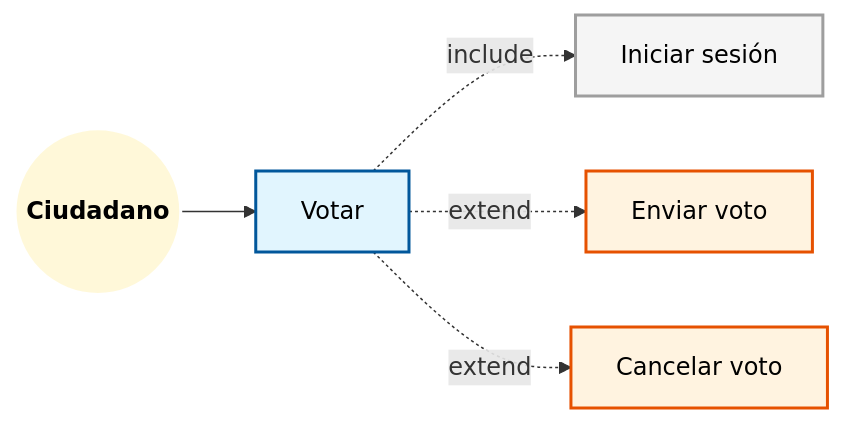
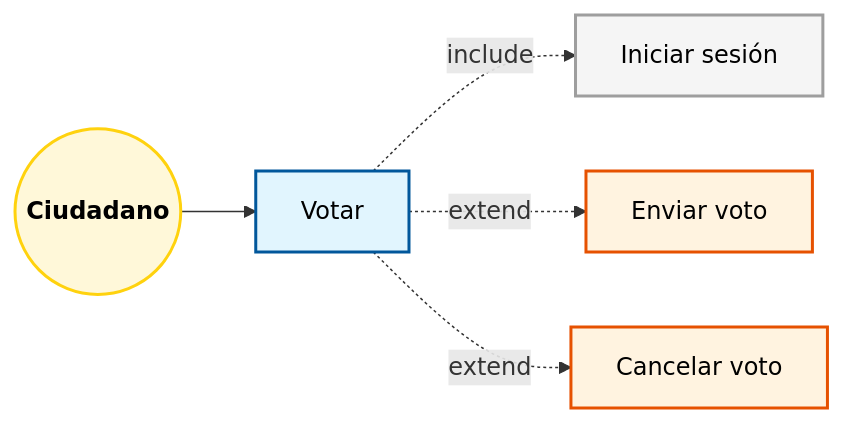
The fourth of 13 diagrams in docs/casosUso.md (OnyxVariables/AGORA), drawn with Mermaid before and after one commit. The commit also changed other lines of this file, not shown here.

````diff
--- a/docs/casosUso.md
+++ b/docs/casosUso.md
@@ -124,18 +129,18 @@
 ```mermaid
 flowchart LR
     classDef primario fill:#e1f5fe,stroke:#01579b,stroke-width:2px,color:#000
     classDef soporte fill:#f5f5f5,stroke:#9e9e9e,stroke-width:2px,color:#000
     classDef extendido fill:#fff3e0, stroke:#e65100, stroke-width:2px, color:#000
-    classDef actor fill:#fff8d9, stroke:#fff, stroke-width:2px, color:#000
+    classDef actor fill:#fff8d9, stroke:#ffd20e, stroke-width:2px, color:#000
 
     Ciudadano(("<b>Ciudadano</b>")) --> UC_Votar["Votar"]
     UC_Votar -. include .-> UC_Login["Iniciar sesión"]
     UC_Votar -. extend .-> UC_Enviar["Enviar voto"] & UC_Cancelar["Cancelar voto"]
 
      Ciudadano:::actor
      UC_Votar:::primario
      UC_Votar:::primario
      UC_Login:::soporte
      UC_Enviar:::extendido
      UC_Cancelar:::extendido
 ``` 
````
